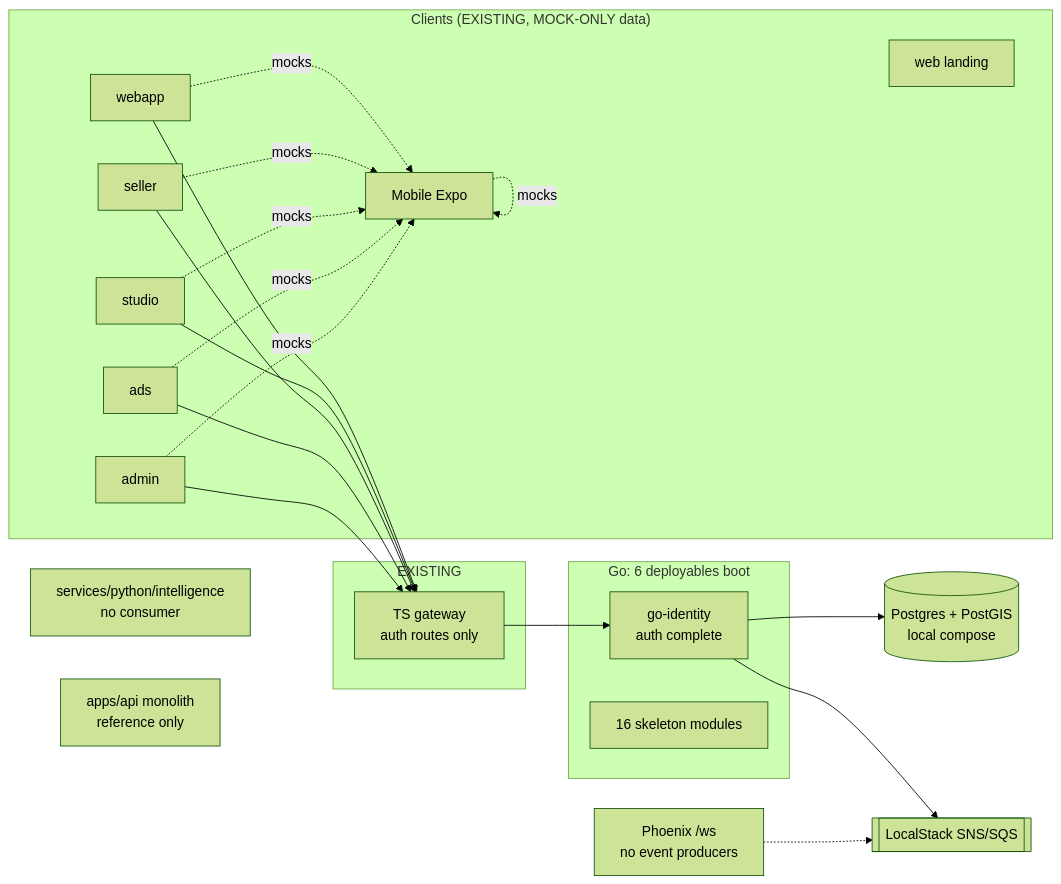
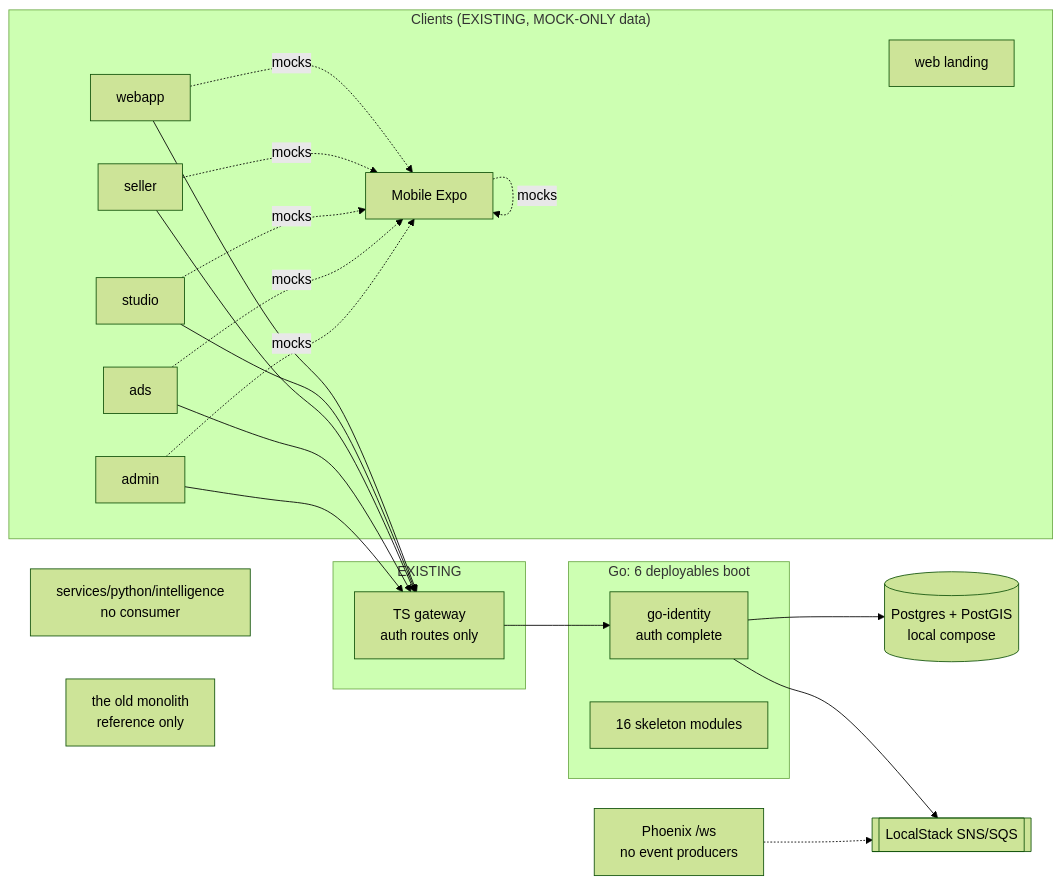
Before and after one commit to telente-technologies/nantty: the diagram in docs/architecture/improvementReport.md, drawn with Mermaid (forest theme). The commit also changed 27 other files, not shown here.

Commit message:
docs: update architecture, database, plans, verification and integrations docs

````diff
--- a/docs/architecture/improvementReport.md
+++ b/docs/architecture/improvementReport.md
@@ -9,28 +9,28 @@
 ```mermaid
 flowchart LR
   subgraph Clients["Clients (EXISTING, MOCK-ONLY data)"]
     M[Mobile Expo]
     W[webapp]
     S[seller]
     ST[studio]
     AD[ads]
     AM[admin]
     L[web landing]
   end
   subgraph Edge["EXISTING"]
     G[TS gateway<br/>auth routes only]
   end
   subgraph Go["Go: 6 deployables boot"]
     ID[go-identity<br/>auth complete]
     SK[16 skeleton modules]
   end
   RT[Phoenix /ws<br/>no event producers]
   PY[services/python/intelligence<br/>no consumer]
   PG[(Postgres + PostGIS<br/>local compose)]
   Q[[LocalStack SNS/SQS]]
-  LEG[apps/api monolith<br/>reference only]
+  LEG[the old monolith<br/>reference only]
   M & W & S & ST & AD & AM -.mocks.-> M
   W & ST & S & AD & AM --> G --> ID --> PG
   ID --> Q
   RT -.-> Q
 ```
````
